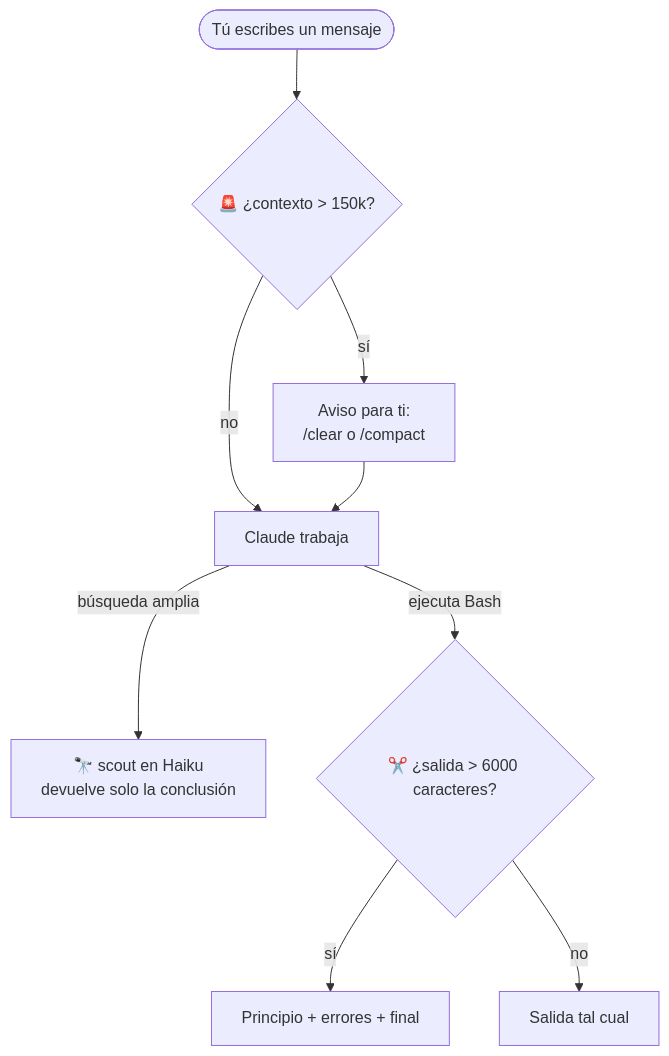
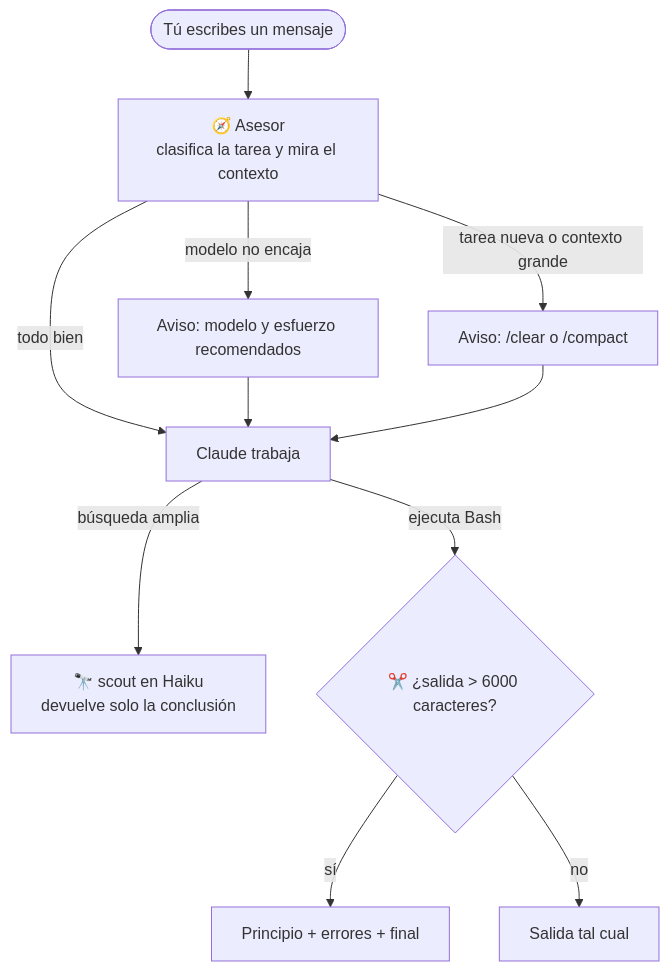
One commit to envyx10/token-saver changed the diagram in README.md. Above: the diagram before and after it, drawn with Mermaid. The commit also changed other lines of this file and 6 other files, not shown here.

First line of the commit message:
Advisor: recommend model, effort, /clear and /compact before each task

````diff
--- a/README.md
+++ b/README.md
@@ -67,11 +67,13 @@
 ```mermaid
 flowchart TD
-    U([Tú escribes un mensaje]) --> G{"🚨 ¿contexto > 150k?"}
-    G -- sí --> W["Aviso para ti:<br/>/clear o /compact"]
-    G -- no --> C
+    U([Tú escribes un mensaje]) --> A["🧭 Asesor<br/>clasifica la tarea y mira el contexto"]
+    A -- "modelo no encaja" --> M["Aviso: modelo y esfuerzo recomendados"]
+    A -- "tarea nueva o contexto grande" --> W["Aviso: /clear o /compact"]
+    A -- "todo bien" --> C
+    M --> C
     W --> C[Claude trabaja]
     C -- "búsqueda amplia" --> S["🔭 scout en Haiku<br/>devuelve solo la conclusión"]
     C -- "ejecuta Bash" --> K{"✂️ ¿salida > 6000 caracteres?"}
     K -- sí --> R["Principio + errores + final"]
     K -- no --> O[Salida tal cual]
 ```
````
